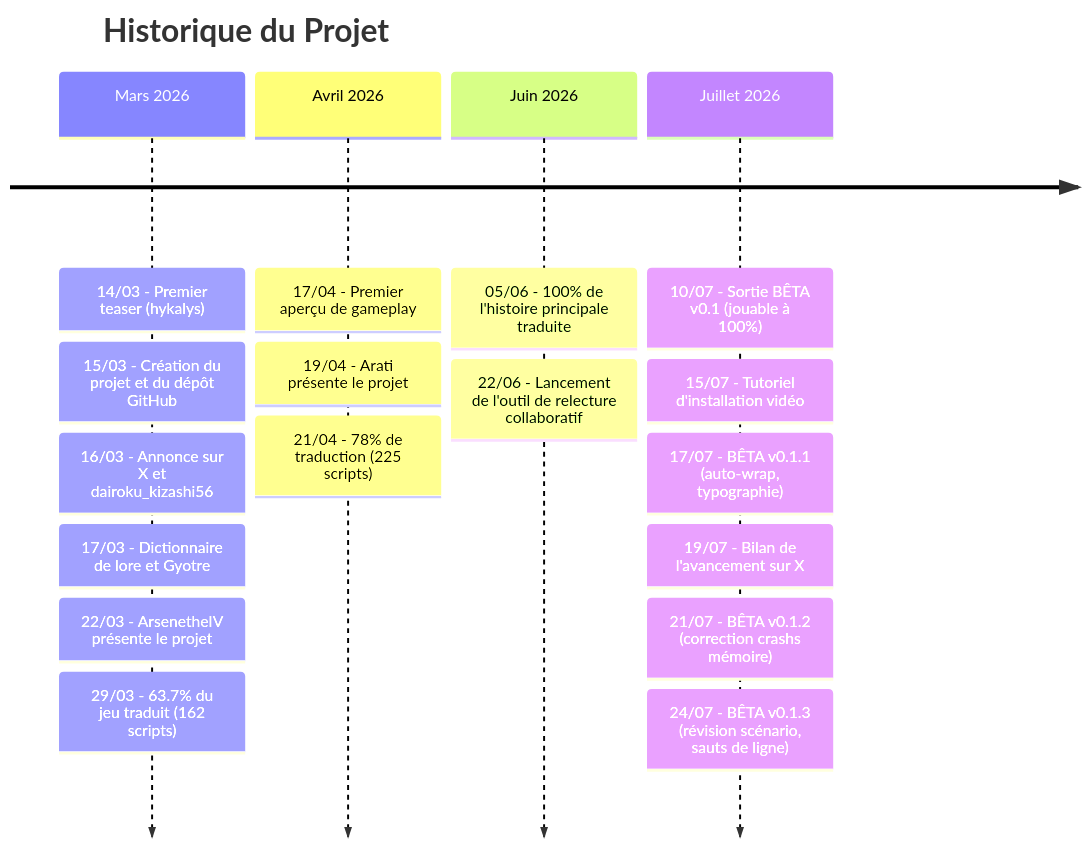
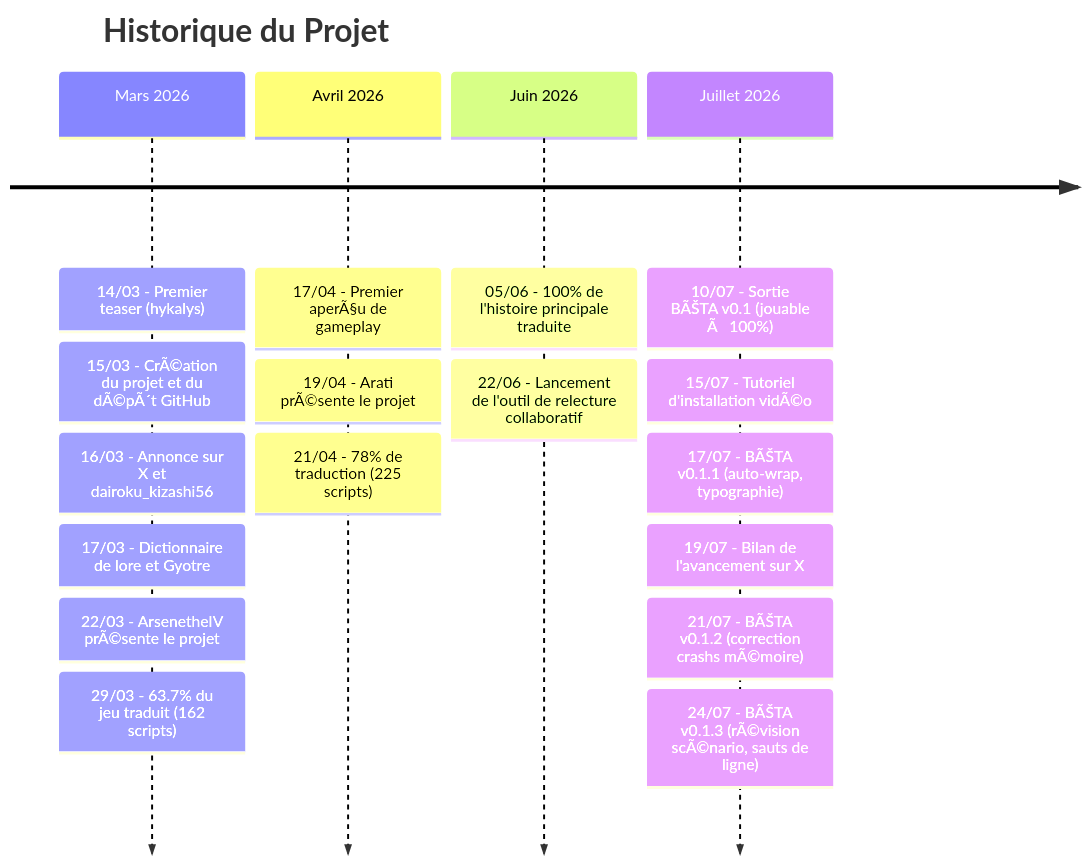
The diagram in SUIVI.md (Grimoire-du-Coeur/P2-IS-FR-PSP), drawn with Mermaid before and after one commit. The commit also changed other lines of this file and 5 other files, not shown here.

````diff
--- a/SUIVI.md
+++ b/SUIVI.md
@@ -25,21 +25,21 @@
 ```mermaid
 timeline
     title Historique du Projet
     Mars 2026 : 14/03 - Premier teaser (hykalys)
-              : 15/03 - Création du projet et du dépôt GitHub
+              : 15/03 - CrÃ©ation du projet et du dÃ©pÃ´t GitHub
               : 16/03 - Annonce sur X et dairoku_kizashi56
               : 17/03 - Dictionnaire de lore et Gyotre
-              : 22/03 - ArsenetheIV présente le projet
+              : 22/03 - ArsenetheIV prÃ©sente le projet
               : 29/03 - 63.7% du jeu traduit (162 scripts)
-    Avril 2026 : 17/04 - Premier aperçu de gameplay
-               : 19/04 - Arati présente le projet
+    Avril 2026 : 17/04 - Premier aperÃ§u de gameplay
+               : 19/04 - Arati prÃ©sente le projet
                : 21/04 - 78% de traduction (225 scripts)
     Juin 2026 : 05/06 - 100% de l'histoire principale traduite
               : 22/06 - Lancement de l'outil de relecture collaboratif
-    Juillet 2026 : 10/07 - Sortie BÊTA v0.1 (jouable à 100%)
-                 : 15/07 - Tutoriel d'installation vidéo
-                 : 17/07 - BÊTA v0.1.1 (auto-wrap, typographie)
+    Juillet 2026 : 10/07 - Sortie BÃŠTA v0.1 (jouable Ã  100%)
+                 : 15/07 - Tutoriel d'installation vidÃ©o
+                 : 17/07 - BÃŠTA v0.1.1 (auto-wrap, typographie)
                  : 19/07 - Bilan de l'avancement sur X
-                 : 21/07 - BÊTA v0.1.2 (correction crashs mémoire)
-                 : 24/07 - BÊTA v0.1.3 (révision scénario, sauts de ligne)
+                 : 21/07 - BÃŠTA v0.1.2 (correction crashs mÃ©moire)
+                 : 24/07 - BÃŠTA v0.1.3 (rÃ©vision scÃ©nario, sauts de ligne)
 ```
````
